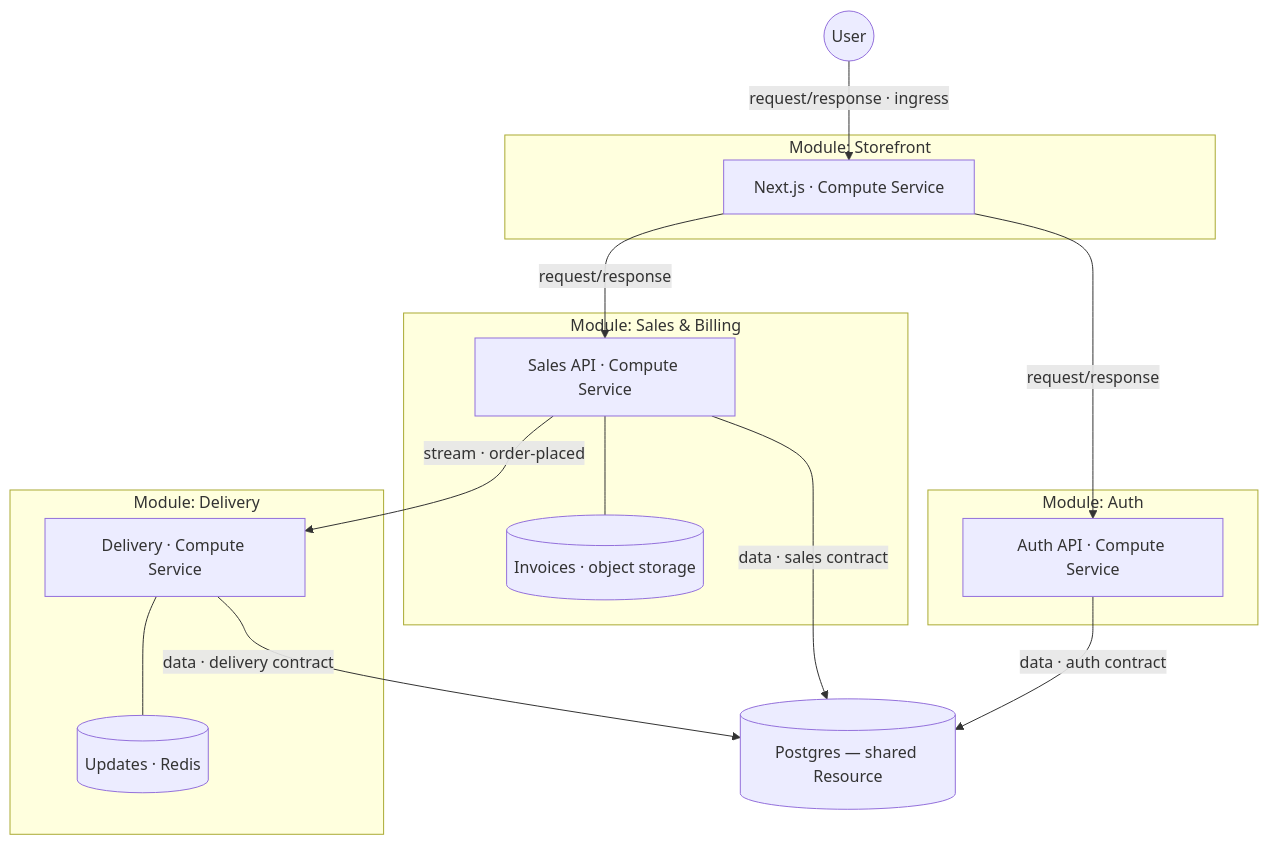
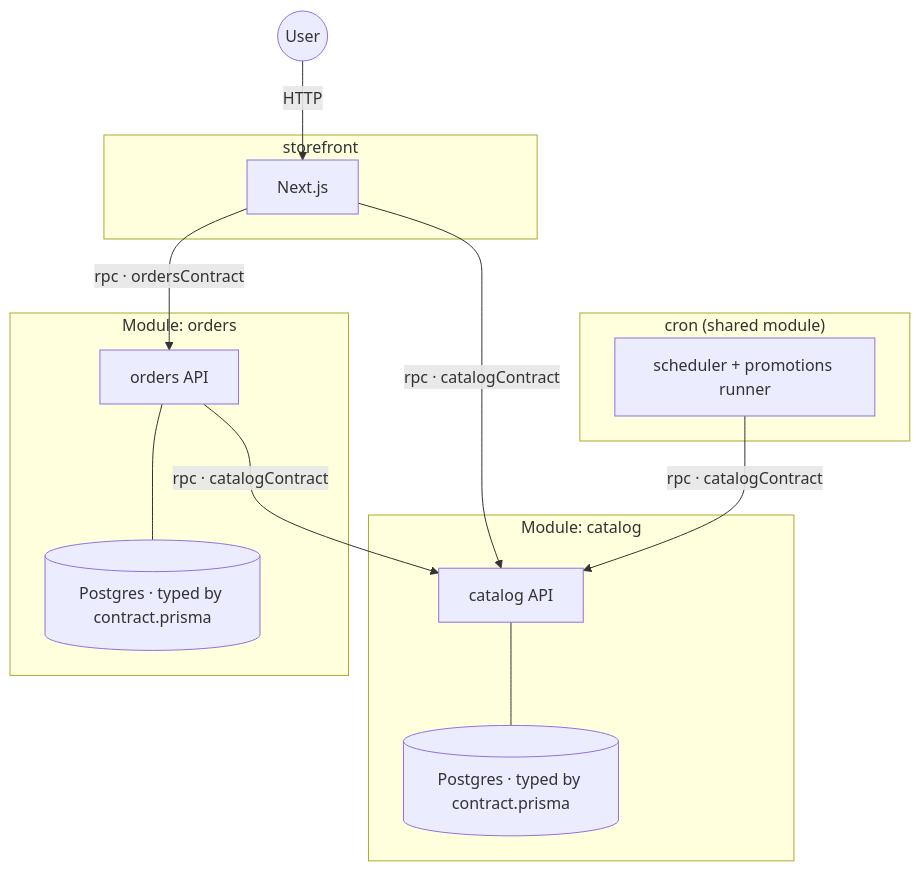
Before and after one commit to prisma/app: the diagram in README.md, drawn with Mermaid. The commit also changed other lines of this file and 5 other files, not shown here.

````diff
--- a/README.md
+++ b/README.md
@@ -25,30 +47,27 @@
 ```mermaid
 flowchart TB
   User((User))
 
-  subgraph Storefront["Module: Storefront"]
-    SF["Next.js · Compute Service"]
+  subgraph Storefront["storefront"]
+    SF["Next.js"]
   end
-  subgraph Sales["Module: Sales & Billing"]
-    SA["Sales API · Compute Service"]
-    INV[("Invoices · object storage")]
-    SA --- INV
+  subgraph Catalog["Module: catalog"]
+    CA["catalog API"]
+    CPG[("Postgres · typed by contract.prisma")]
+    CA --- CPG
   end
-  subgraph Delivery["Module: Delivery"]
-    DE["Delivery · Compute Service"]
-    RD[("Updates · Redis")]
-    DE --- RD
+  subgraph Orders["Module: orders"]
+    OR["orders API"]
+    OPG[("Postgres · typed by contract.prisma")]
+    OR --- OPG
   end
-  subgraph Auth["Module: Auth"]
-    AU["Auth API · Compute Service"]
+  subgraph Cron["cron (shared module)"]
+    CR["scheduler + promotions runner"]
   end
-  PG[("Postgres — shared Resource")]
 
-  User -->|request/response · ingress| SF
-  SF -->|request/response| SA
-  SF -->|request/response| AU
-  SA -->|stream · order-placed| DE
-  SA -->|data · sales contract| PG
-  DE -->|data · delivery contract| PG
-  AU -->|data · auth contract| PG
+  User -->|HTTP| SF
+  SF -->|rpc · catalogContract| CA
+  SF -->|rpc · ordersContract| OR
+  OR -->|rpc · catalogContract| CA
+  CR -->|rpc · catalogContract| CA
 ```
````
